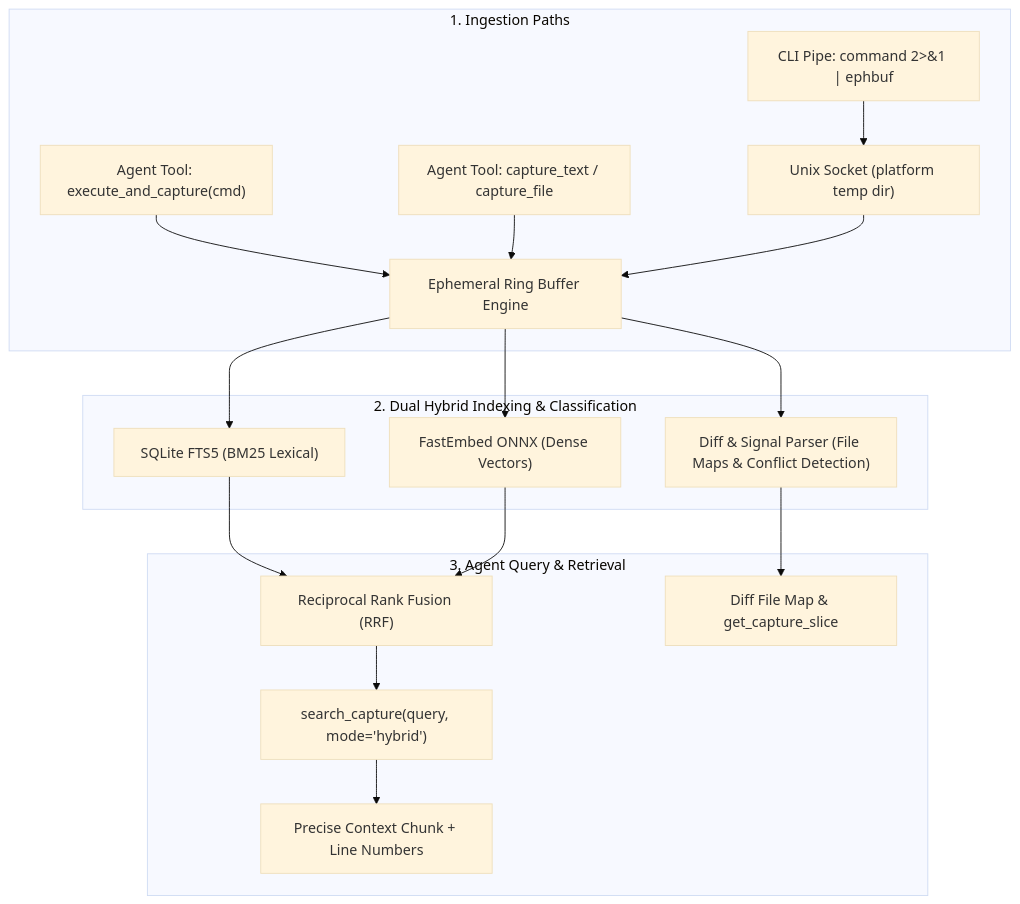
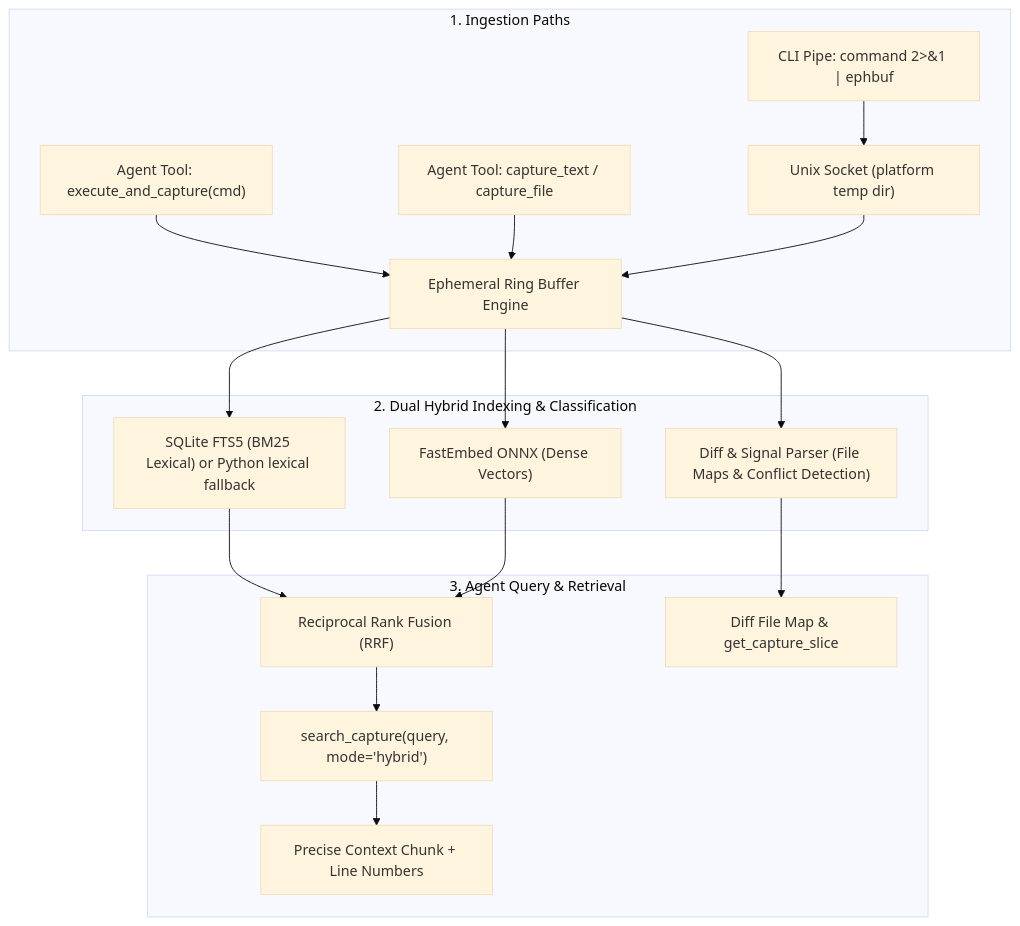
Before and after one commit to k-rister/ephemeral-buffer-mcp: the diagram in README.md, drawn with Mermaid (base theme). The commit also changed other lines of this file and 4 other files, not shown here.

First line of the commit message:
Support lexical search without SQLite FTS5

````diff
--- a/README.md
+++ b/README.md
@@ -214,22 +214,22 @@
 ```mermaid
 flowchart TD
     subgraph Ingestion["1. Ingestion Paths"]
         A["CLI Pipe: command 2>&1 | ephbuf"] --> D["Unix Socket (platform temp dir)"]
         B["Agent Tool: execute_and_capture(cmd)"] --> E["Ephemeral Ring Buffer Engine"]
         C["Agent Tool: capture_text / capture_file"] --> E
         D --> E
     end
 
     subgraph Indexing["2. Dual Hybrid Indexing & Classification"]
-        E --> F["SQLite FTS5 (BM25 Lexical)"]
+        E --> F["SQLite FTS5 (BM25 Lexical) or Python lexical fallback"]
         E --> G["FastEmbed ONNX (Dense Vectors)"]
         E --> K["Diff & Signal Parser (File Maps & Conflict Detection)"]
     end
 
     subgraph Querying["3. Agent Query & Retrieval"]
         F & G --> H["Reciprocal Rank Fusion (RRF)"]
         H --> I["search_capture(query, mode='hybrid')"]
         K --> L["Diff File Map & get_capture_slice"]
         I --> J["Precise Context Chunk + Line Numbers"]
     end
 ```
````
